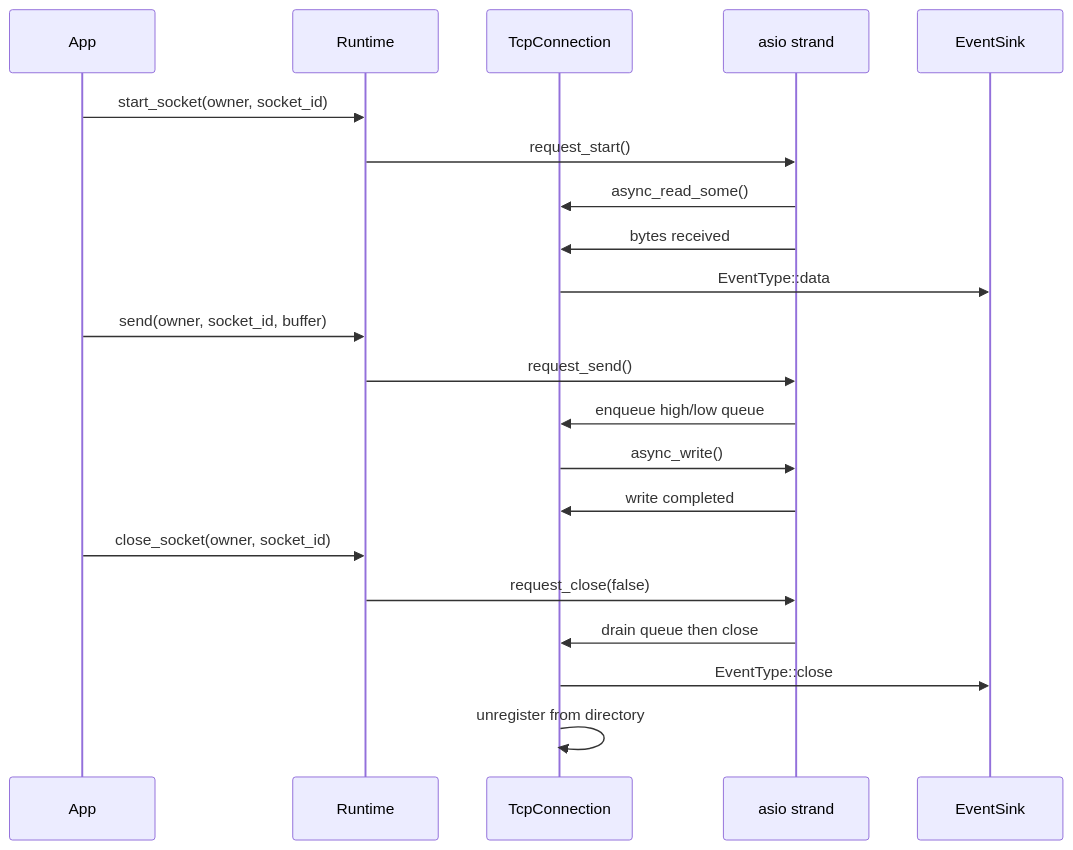
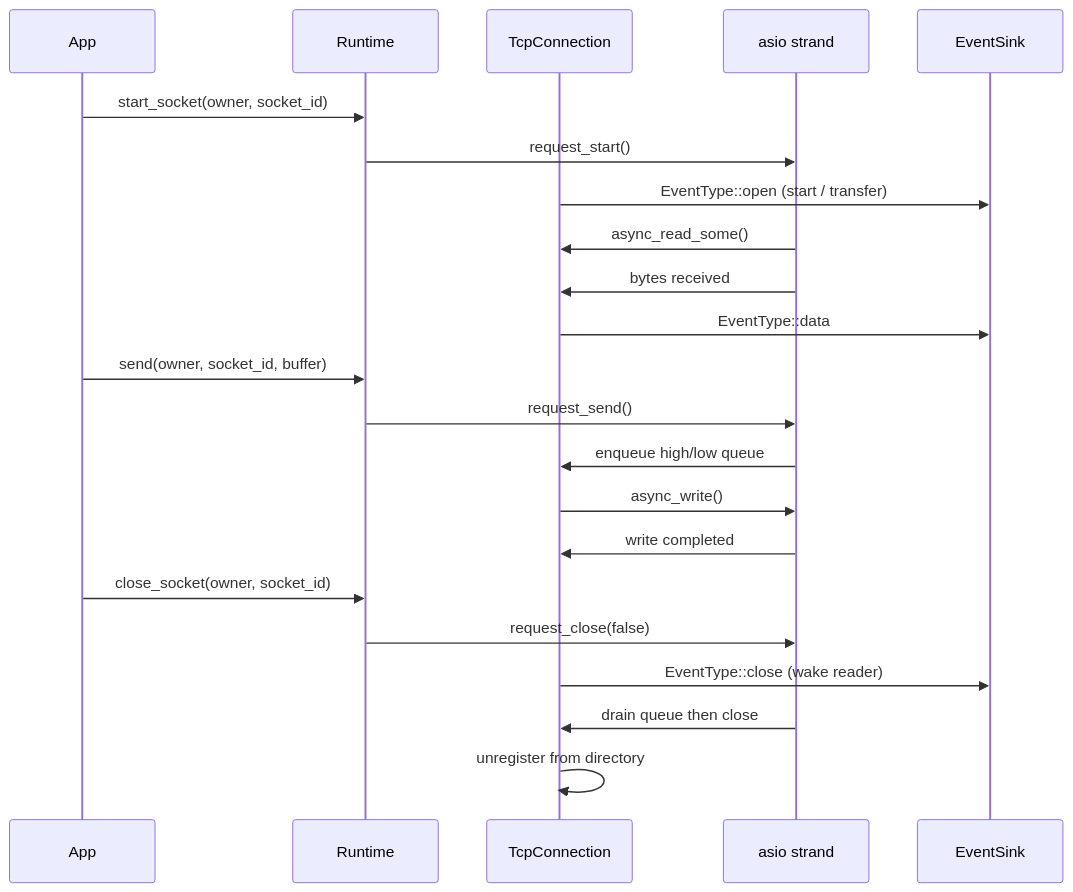
The fourth of 5 diagrams in docs/network-architecture.md (sym191/skynet-pvzg), drawn with Mermaid before and after one commit. The commit also changed other lines of this file and 33 other files, not shown here.

````diff
--- a/docs/network-architecture.md
+++ b/docs/network-architecture.md
@@ -110,26 +112,27 @@
 ```mermaid
 sequenceDiagram
     participant App
     participant Runtime
     participant Conn as TcpConnection
     participant IO as asio strand
     participant Sink as EventSink
 
     App->>Runtime: start_socket(owner, socket_id)
     Runtime->>IO: request_start()
+    Conn->>Sink: EventType::open (start / transfer)
     IO->>Conn: async_read_some()
     IO->>Conn: bytes received
     Conn->>Sink: EventType::data
 
     App->>Runtime: send(owner, socket_id, buffer)
     Runtime->>IO: request_send()
     IO->>Conn: enqueue high/low queue
     Conn->>IO: async_write()
     IO->>Conn: write completed
 
     App->>Runtime: close_socket(owner, socket_id)
     Runtime->>IO: request_close(false)
+    Conn->>Sink: EventType::close (wake reader)
     IO->>Conn: drain queue then close
-    Conn->>Sink: EventType::close
     Conn->>Conn: unregister from directory
 ```
````
